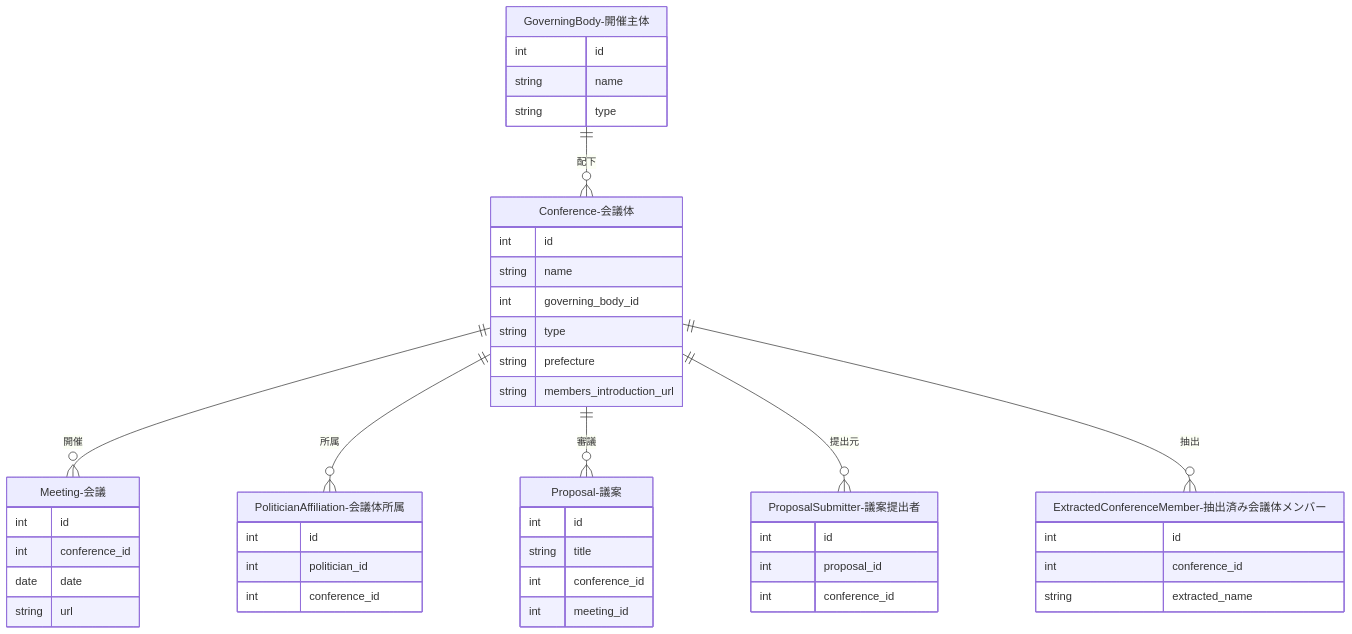
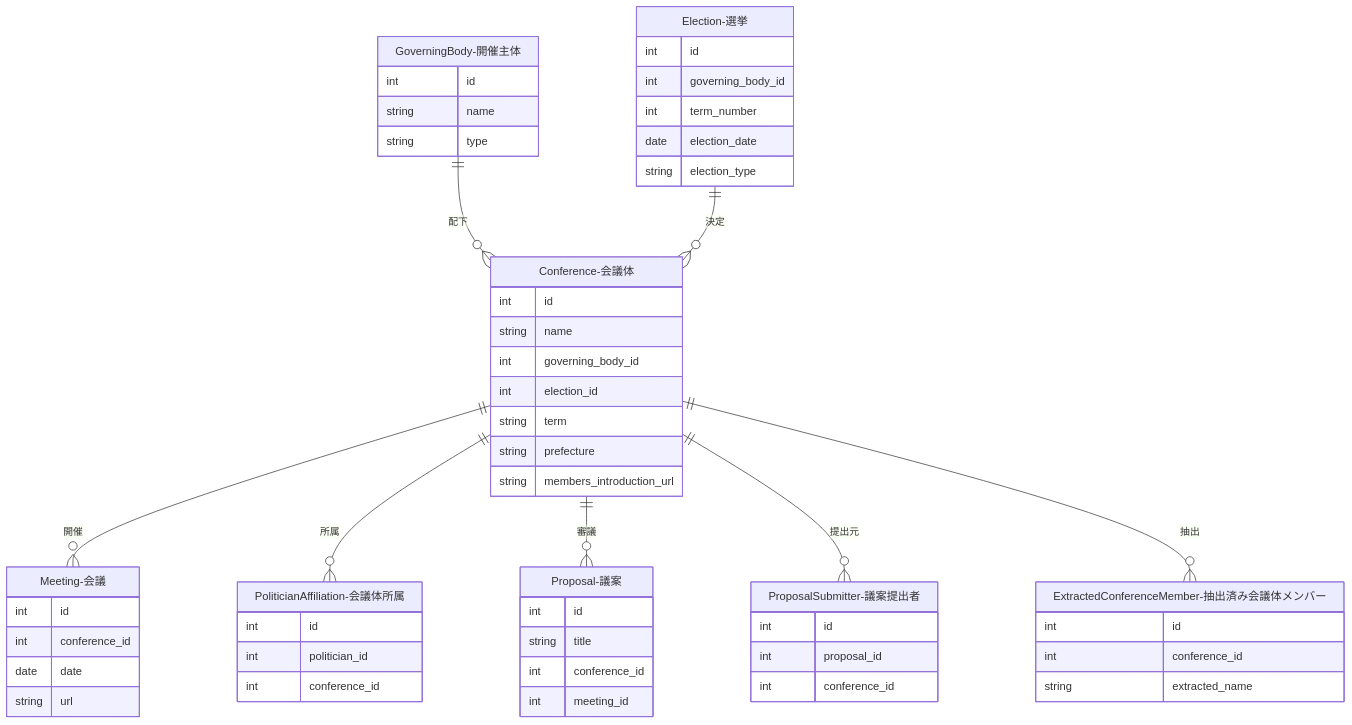
One commit to sage-base/corporation-docs changed the diagram in docs/development/data-creation/conference.md. Above: the diagram before and after it, drawn with Mermaid. The commit also changed other lines of this file and 4 other files, not shown here.

````diff
--- a/docs/development/data-creation/conference.md
+++ b/docs/development/data-creation/conference.md
@@ -25,56 +26,66 @@
 ```mermaid
 erDiagram
     GoverningBody-開催主体 ||--o{ Conference-会議体 : "配下"
+    Election-選挙 ||--o{ Conference-会議体 : "決定"
     Conference-会議体 ||--o{ Meeting-会議 : "開催"
     Conference-会議体 ||--o{ PoliticianAffiliation-会議体所属 : "所属"
     Conference-会議体 ||--o{ Proposal-議案 : "審議"
     Conference-会議体 ||--o{ ProposalSubmitter-議案提出者 : "提出元"
     Conference-会議体 ||--o{ ExtractedConferenceMember-抽出済み会議体メンバー : "抽出"
 
     GoverningBody-開催主体 {
         int id
         string name
         string type
     }
 
+    Election-選挙 {
+        int id
+        int governing_body_id
+        int term_number
+        date election_date
+        string election_type
+    }
+
     Conference-会議体 {
         int id
         string name
         int governing_body_id
-        string type
+        int election_id
+        string term
         string prefecture
         string members_introduction_url
     }
 
     Meeting-会議 {
         int id
         int conference_id
         date date
         string url
     }
 
     PoliticianAffiliation-会議体所属 {
         int id
         int politician_id
         int conference_id
     }
 
     Proposal-議案 {
         int id
         string title
         int conference_id
         int meeting_id
     }
 
     ProposalSubmitter-議案提出者 {
         int id
         int proposal_id
         int conference_id
     }
 
     ExtractedConferenceMember-抽出済み会議体メンバー {
         int id
         int conference_id
         string extracted_name
     }
 ```
````
